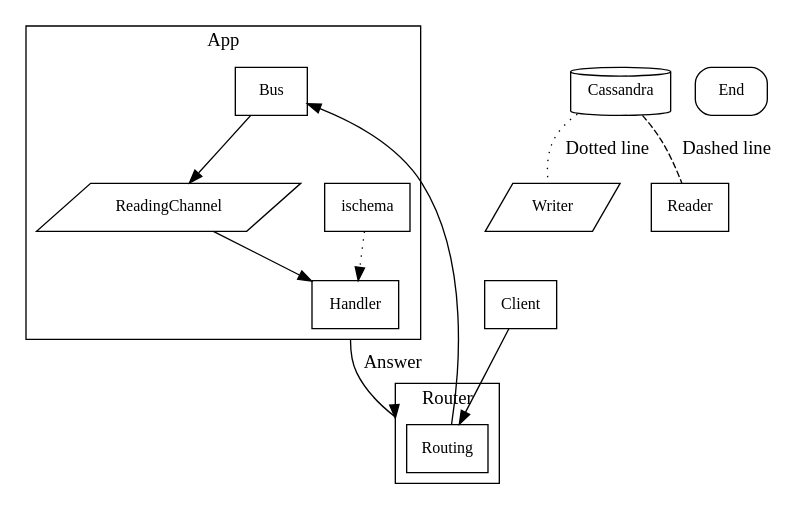
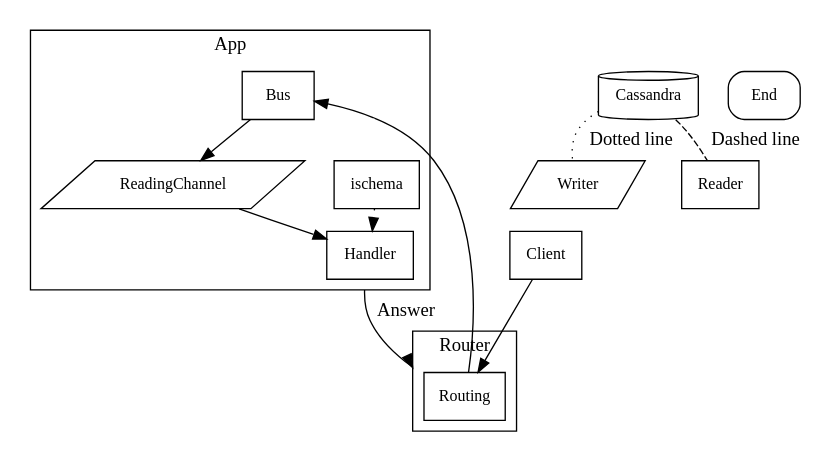
The diagram in flow.md (untillpro/diagrams), drawn with Graphviz before and after one commit.

````diff
--- a/flow.md
+++ b/flow.md
@@ -1,34 +1,35 @@
 ```dot
 digraph graphname {
+    graph [pad="0.1", ranksep="0.2", nodesep="0.3"]
     node [ fontname = "Cambria" shape = "rect" fontsize = 12]
     compound=true
 
     subgraph cluster_router {
         label = "Router"
         Routing
     }
     subgraph cluster_app {
         label = "App";
         Handler
         ischema
         Bus
         ReadingChannel
     }
 
     Cassandra[shape=cylinder]
     Writer[shape=parallelogram]
     ReadingChannel[shape=parallelogram]
     End[style=rounded]
 
     Client -> Routing
     Handler -> Routing [label="Answer" ltail=cluster_app lhead=cluster_router]
     Routing -> Bus
     Bus -> ReadingChannel
     ReadingChannel -> Handler
     ischema -> Handler[style=dotted]
 
 
     Cassandra -> Writer [label="Dotted line" style=dotted dir=none]
     Cassandra -> Reader [label="Dashed line" style=dashed dir=none]    
 }
 ```
````
